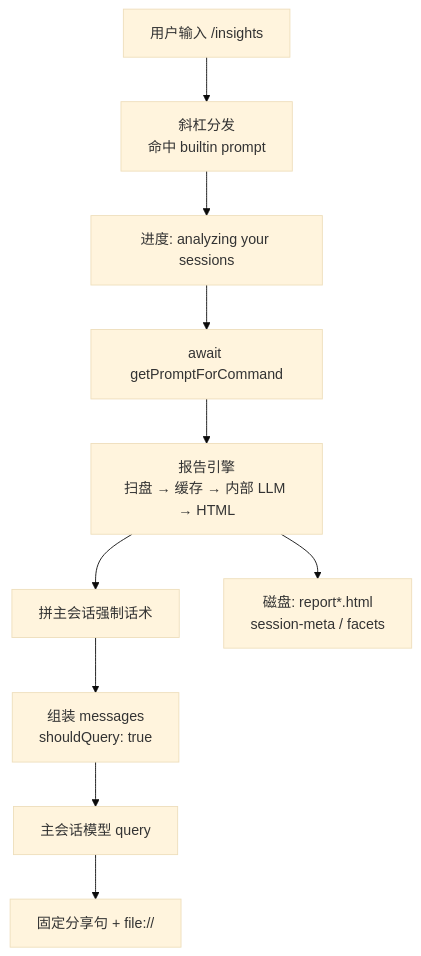
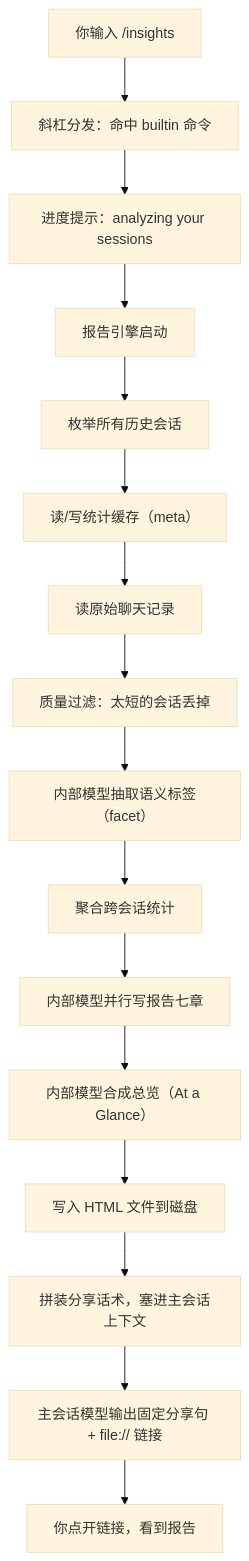
One commit to phaseddd/claude-code-research changed the diagram in analysis/mechanisms/claude-code-insights-slash-command.md. Above: the diagram before and after it, drawn with Mermaid (base theme). The commit also changed other lines of this file and 3 other files, not shown here.

````diff
--- a/analysis/mechanisms/claude-code-insights-slash-command.md
+++ b/analysis/mechanisms/claude-code-insights-slash-command.md
@@ -47,12 +26,18 @@
 ```mermaid
 flowchart TD
-  A["用户输入 /insights"] --> B["斜杠分发<br/>命中 builtin prompt"]
-  B --> C["进度: analyzing your sessions"]
-  C --> D["await getPromptForCommand"]
-  D --> E["报告引擎<br/>扫盘 → 缓存 → 内部 LLM → HTML"]
-  E --> F["拼主会话强制话术"]
-  F --> G["组装 messages<br/>shouldQuery: true"]
-  G --> H["主会话模型 query"]
-  H --> I["固定分享句 + file://"]
-  E --> J["磁盘: report*.html<br/>session-meta / facets"]
+  A["你输入 /insights"] --> B["斜杠分发：命中 builtin 命令"]
+  B --> C["进度提示：analyzing your sessions"]
+  C --> D["报告引擎启动"]
+  D --> E1["枚举所有历史会话"]
+  E1 --> E2["读/写统计缓存（meta）"]
+  E2 --> E3["读原始聊天记录"]
+  E3 --> E4["质量过滤：太短的会话丢掉"]
+  E4 --> E5["内部模型抽取语义标签（facet）"]
+  E5 --> E6["聚合跨会话统计"]
+  E6 --> E7["内部模型并行写报告七章"]
+  E7 --> E8["内部模型合成总览（At a Glance）"]
+  E8 --> E9["写入 HTML 文件到磁盘"]
+  E9 --> F["拼装分享话术，塞进主会话上下文"]
+  F --> G["主会话模型输出固定分享句 + file:// 链接"]
+  G --> H["你点开链接，看到报告"]
 ```
````
